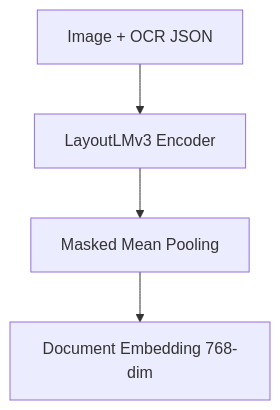
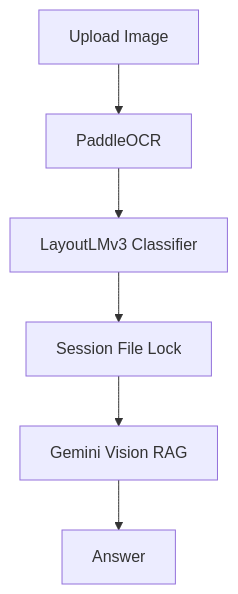
One commit to yunseo1011/Multimodal-rag-project changed the diagram in README.md. Above: the diagram before and after it, drawn with Mermaid. The commit also changed other lines of this file and 3 other files, not shown here.

````diff
--- a/README.md
+++ b/README.md
@@ -98,6 +174,8 @@
 ```mermaid
-graph TD
-    A[Image + OCR JSON] --> B[LayoutLMv3 Encoder]
-    B --> C[Masked Mean Pooling]
-    C --> D[Document Embedding 768-dim]
+flowchart TD
+    User[Upload Image] --> OCR[PaddleOCR]
+    OCR --> Classifier[LayoutLMv3 Classifier]
+    Classifier --> SessionLock[Session File Lock]
+    SessionLock --> VisionRAG[Gemini Vision RAG]
+    VisionRAG --> Answer
 ```
````
